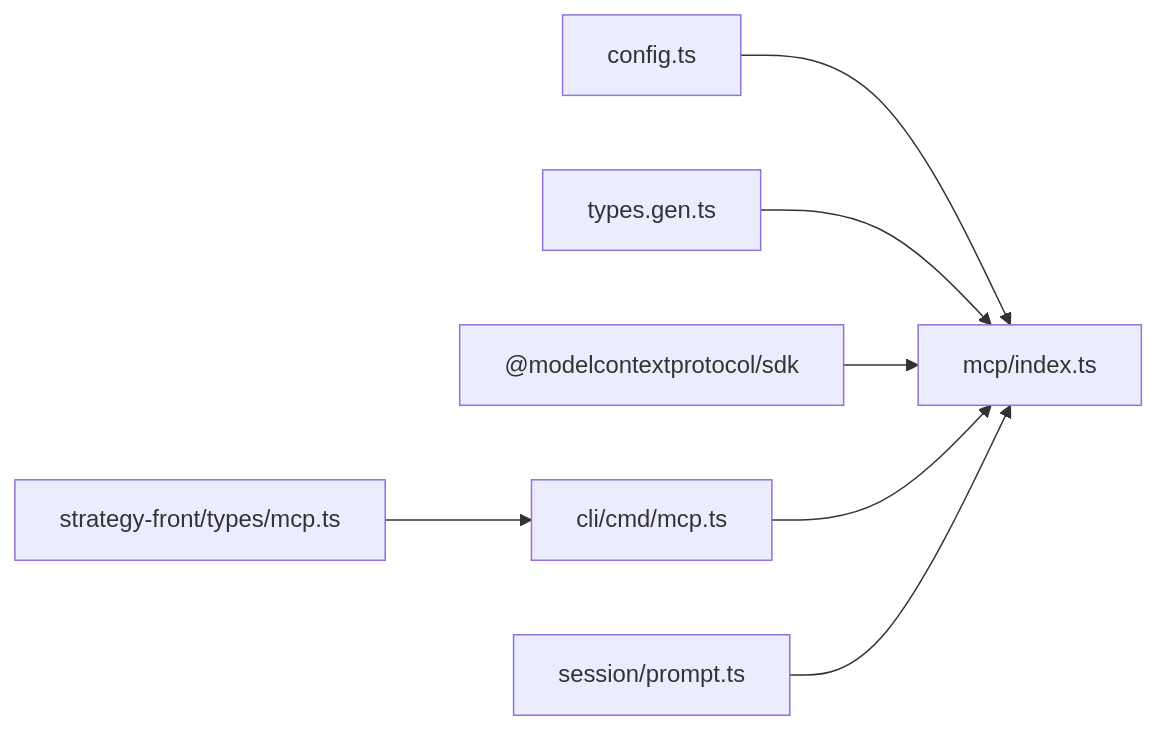
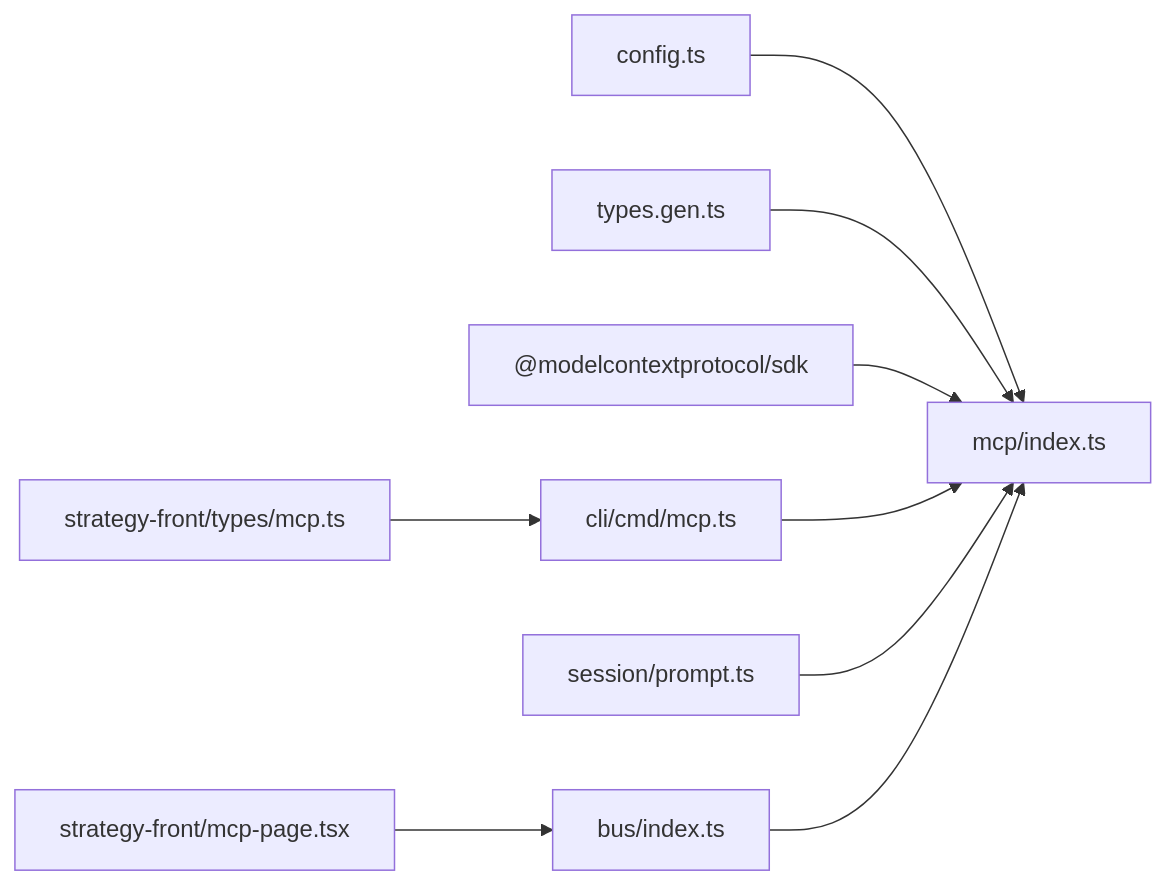
The tenth of 10 diagrams in .lingma/repowiki/zh/content/API参考/MCP协议.md (89780012/opencode), drawn with Mermaid before and after one commit. The commit also changed other lines of this file and 7 other files, not shown here.

````diff
--- a/.lingma/repowiki/zh/content/API参考/MCP协议.md
+++ b/.lingma/repowiki/zh/content/API参考/MCP协议.md
@@ -323,9 +423,11 @@
 ```mermaid
 graph LR
 CFG["config.ts"] --> MCP_IDX["mcp/index.ts"]
 TYPES["types.gen.ts"] --> MCP_IDX
 SDK["@modelcontextprotocol/sdk"] --> MCP_IDX
 CLI["cli/cmd/mcp.ts"] --> MCP_IDX
 FRONT_TYPES["strategy-front/types/mcp.ts"] --> CLI
 SESSION["session/prompt.ts"] --> MCP_IDX
+EVENT_BUS["bus/index.ts"] --> MCP_IDX
+MCP_PAGE["strategy-front/mcp-page.tsx"] --> EVENT_BUS
 ```
````
